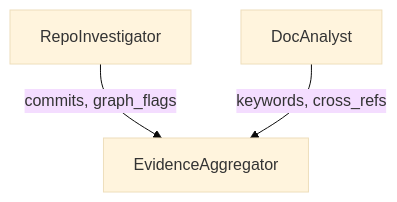
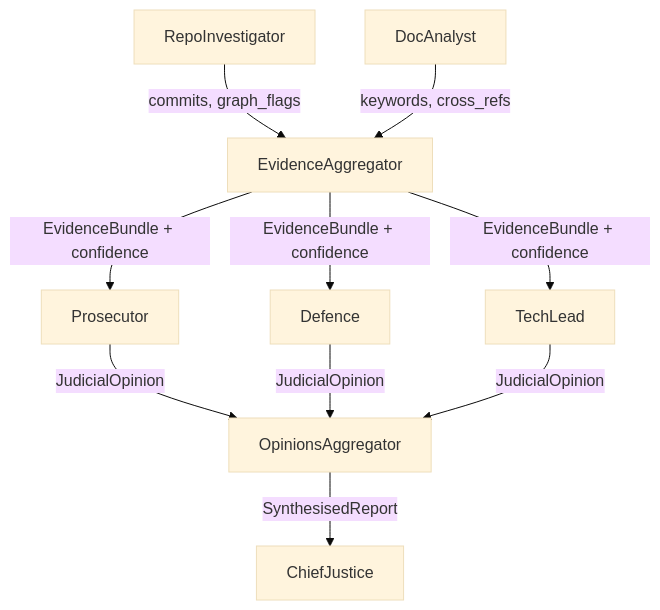
Before and after one commit to nuhaminae/Automation-Auditor: the diagram in README.md, drawn with Mermaid (base theme). The commit also changed other lines of this file, not shown here.

````diff
--- a/README.md
+++ b/README.md
@@ -137,5 +144,19 @@
 ```mermaid
 graph TD
     A[RepoInvestigator] -->|commits, graph_flags| C[EvidenceAggregator]
     B[DocAnalyst] -->|keywords, cross_refs| C[EvidenceAggregator]
+
+    %% Evidence fan-out to judges
+    C -->|EvidenceBundle + confidence| D[Prosecutor]
+    C -->|EvidenceBundle + confidence| E[Defence]
+    C -->|EvidenceBundle + confidence| F[TechLead]
+
+    %% Judges fan-in
+    D -->|JudicialOpinion| G[OpinionsAggregator]
+    E -->|JudicialOpinion| G[OpinionsAggregator]
+    F -->|JudicialOpinion| G[OpinionsAggregator]
+
+    %% Final synthesis
+    G -->|SynthesisedReport| H[ChiefJustice]
+
 ```
````
